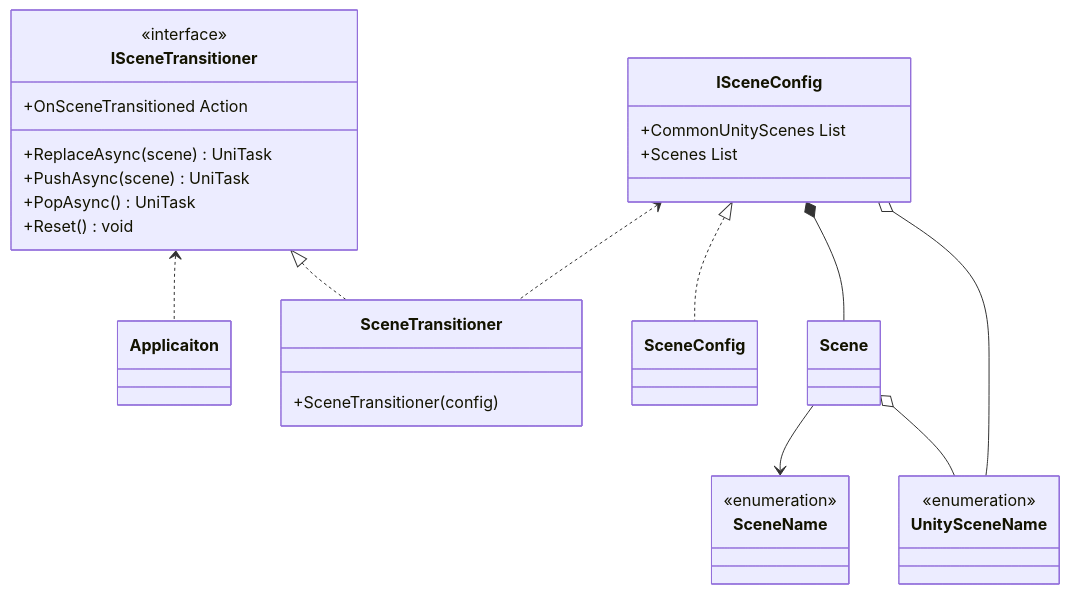
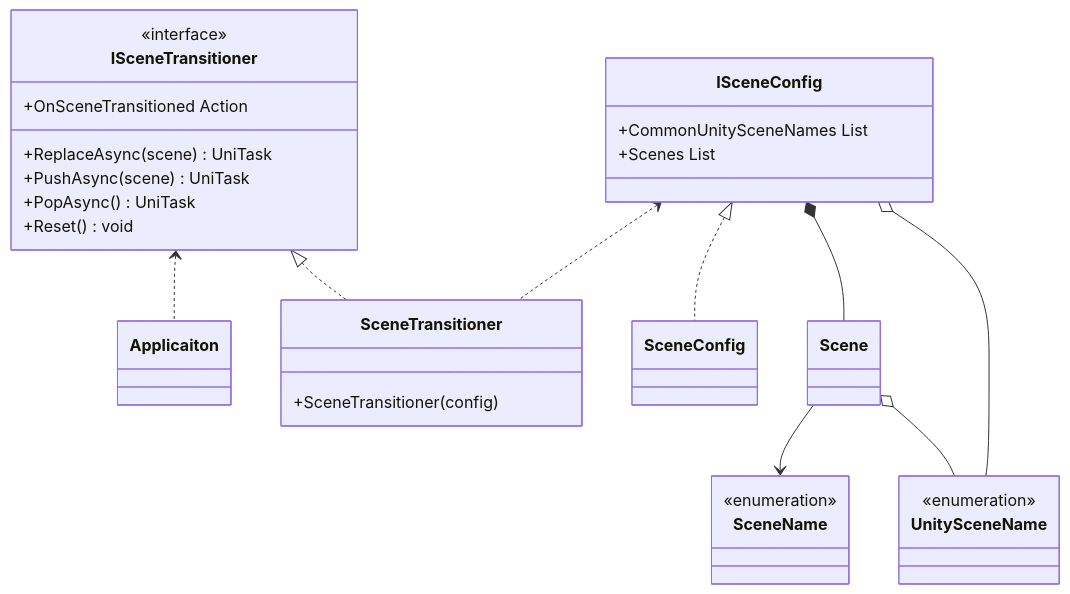
The first of 2 diagrams in docs/core/scene-transition.md (extreal-dev/Extreal.Guide), drawn with Mermaid before and after one commit. The commit also changed other lines of this file, not shown here.

Commit message:
プロパティ名の見直し

````diff
--- a/docs/core/scene-transition.md
+++ b/docs/core/scene-transition.md
@@ -28,47 +28,47 @@
 ```mermaid
 classDiagram
 
     ISceneTransitioner <.. Applicaiton
     ISceneTransitioner <|.. SceneTransitioner
     ISceneConfig <.. SceneTransitioner
     ISceneConfig <|.. SceneConfig
     ISceneConfig *-- Scene
     ISceneConfig o-- UnitySceneName
     Scene --> SceneName
     Scene o-- UnitySceneName
 
     class Applicaiton {
     }
 
     class SceneName {
         <<enumeration>>
     }
 
     class UnitySceneName {
         <<enumeration>>
     }
 
     class SceneConfig {
     }
 
     class ISceneTransitioner {
         <<interface>>
         +OnSceneTransitioned Action
         +ReplaceAsync(scene) UniTask
         +PushAsync(scene) UniTask
         +PopAsync() UniTask
         +Reset() void
     }
 
     class ISceneConfig {
-        +CommonUnityScenes List
+        +CommonUnitySceneNames List
         +Scenes List
     }
 
     class Scene {
     }
 
     class SceneTransitioner {
         +SceneTransitioner(config)
     }
 ```
````
